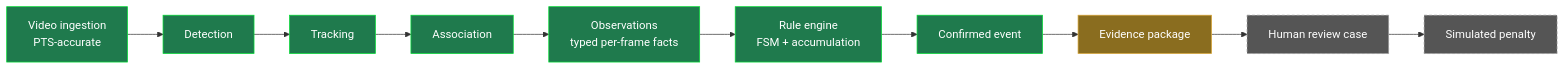
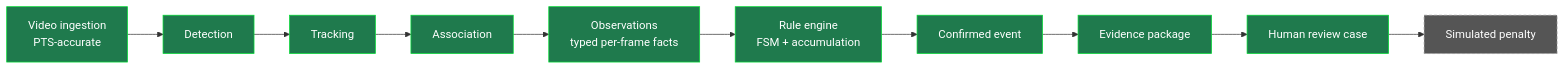
One commit to nvragnstdecember/TrafficPulse changed the diagram in README.md. Above: the diagram before and after it, drawn with Mermaid. The commit also changed other lines of this file and 38 other files, not shown here.

````diff
--- a/README.md
+++ b/README.md
@@ -125,19 +140,18 @@
 ```mermaid
 flowchart LR
     V[Video ingestion<br/>PTS-accurate] --> D[Detection]
     D --> T[Tracking]
     T --> A[Association]
     A --> O[Observations<br/>typed per-frame facts]
     O --> R[Rule engine<br/>FSM + accumulation]
     R --> E[Confirmed event]
     E --> EV[Evidence package]
     EV --> RC[Human review case]
     RC --> P[Simulated penalty]
 
     classDef done fill:#1f7a4d,stroke:#0d3,color:#fff;
     classDef partial fill:#8a6d1f,stroke:#d9a637,color:#fff;
     classDef todo fill:#555,stroke:#999,color:#fff,stroke-dasharray:4 3;
-    class V,D,T,A,O,R,E done;
-    class EV partial;
-    class RC,P todo;
+    class V,D,T,A,O,R,E,EV,RC done;
+    class P todo;
 ```
````
